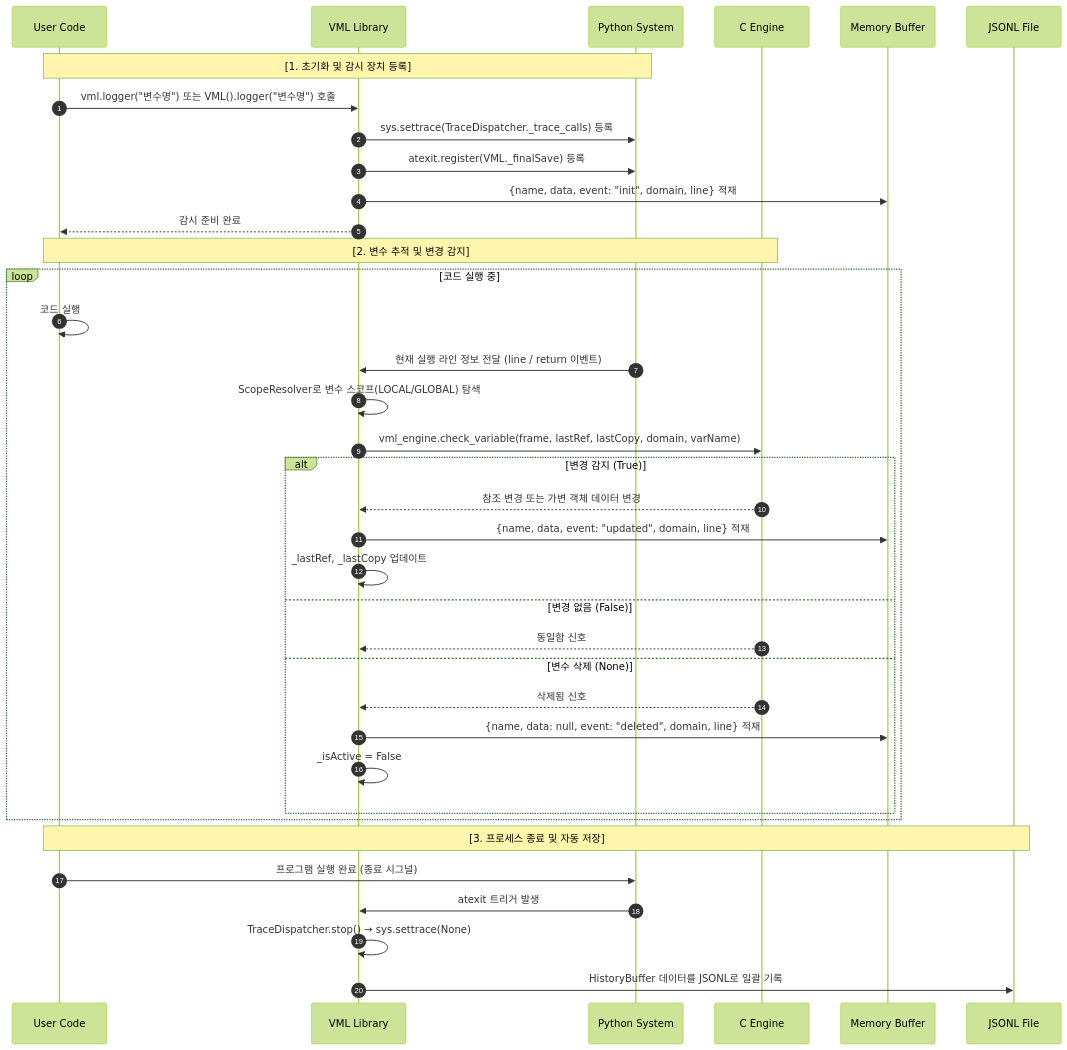
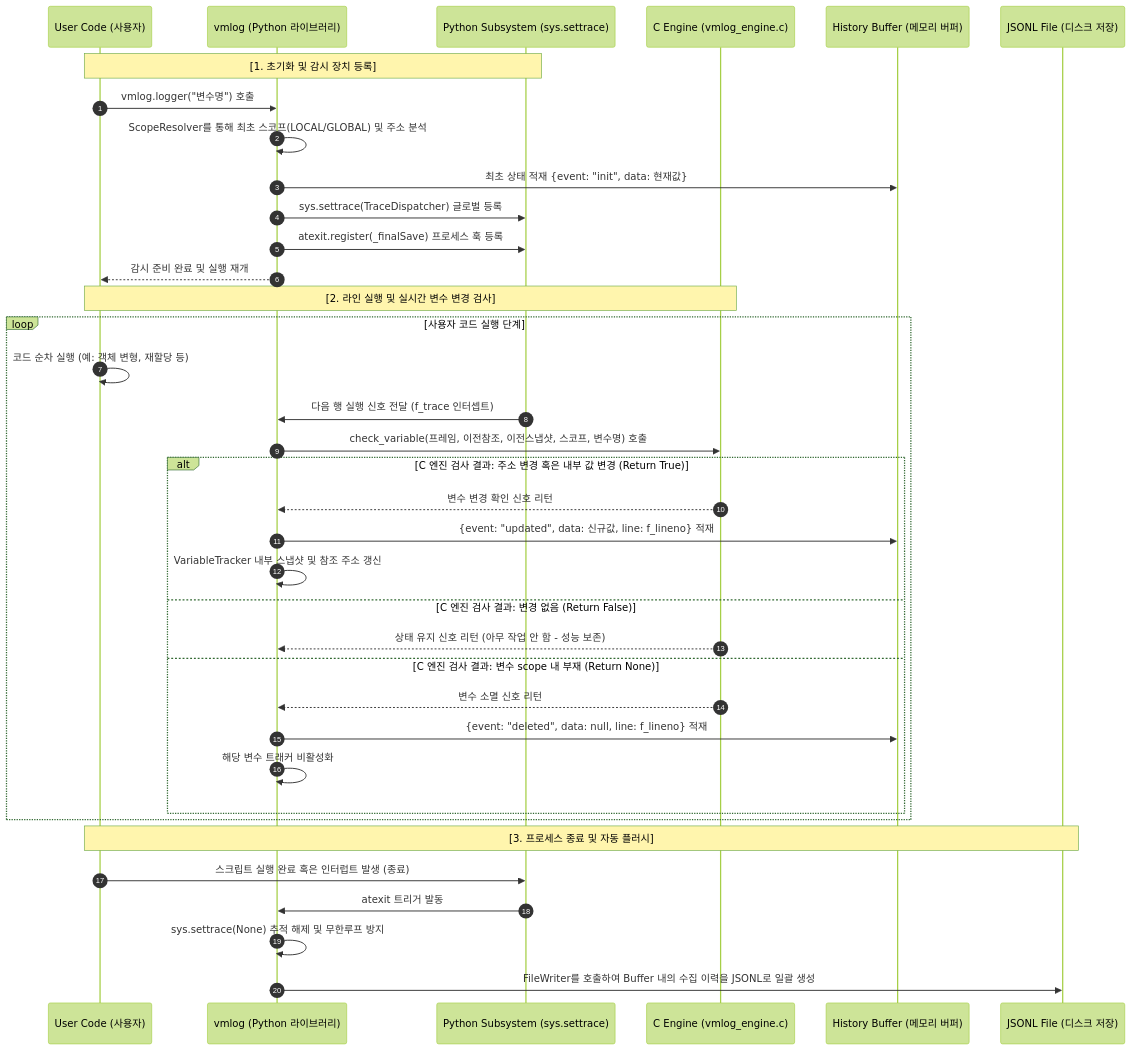
Before and after one commit to sdkurjnk/VariableMonitoringLogger: the diagram in README.md, drawn with Mermaid (forest theme). The commit also changed other lines of this file, not shown here.

Commit message:
Fix: README.md for editing package name

````diff
--- a/README.md
+++ b/README.md
@@ -115,44 +135,44 @@
 ```mermaid
 sequenceDiagram
     autonumber
 
-    participant U as User Code
-    participant V as VML Library
-    participant S as Python System
-    participant C as C Engine
-    participant B as Memory Buffer
-    participant F as JSONL File
+    participant U as User Code (사용자)
+    participant V as vmlog (Python 라이브러리)
+    participant S as Python Subsystem (sys.settrace)
+    participant C as C Engine (vmlog_engine.c)
+    participant B as History Buffer (메모리 버퍼)
+    participant F as JSONL File (디스크 저장)
 
     Note over U, S: [1. 초기화 및 감시 장치 등록]
-    U->>V: vml.logger("변수명") 또는 VML().logger("변수명") 호출
-    V->>S: sys.settrace(TraceDispatcher._trace_calls) 등록
-    V->>S: atexit.register(VML._finalSave) 등록
-    V->>B: {name, data, event: "init", domain, line} 적재
-    V-->>U: 감시 준비 완료
+    U->>V: vmlog.logger("변수명") 호출
+    V->>V: ScopeResolver를 통해 최초 스코프(LOCAL/GLOBAL) 및 주소 분석
+    V->>B: 최초 상태 적재 {event: "init", data: 현재값}
+    V->>S: sys.settrace(TraceDispatcher) 글로벌 등록
+    V->>S: atexit.register(_finalSave) 프로세스 훅 등록
+    V-->>U: 감시 준비 완료 및 실행 재개
 
-    Note over U, C: [2. 변수 추적 및 변경 감지]
-    loop 코드 실행 중
-        U->>U: 코드 실행
-        S->>V: 현재 실행 라인 정보 전달 (line / return 이벤트)
-        V->>V: ScopeResolver로 변수 스코프(LOCAL/GLOBAL) 탐색
-        V->>C: vml_engine.check_variable(frame, lastRef, lastCopy, domain, varName)
-
-        alt 변경 감지 (True)
-            C-->>V: 참조 변경 또는 가변 객체 데이터 변경
-            V->>B: {name, data, event: "updated", domain, line} 적재
-            V->>V: _lastRef, _lastCopy 업데이트
-        else 변경 없음 (False)
-            C-->>V: 동일함 신호
-        else 변수 삭제 (None)
-            C-->>V: 삭제됨 신호
-            V->>B: {name, data: null, event: "deleted", domain, line} 적재
-            V->>V: _isActive = False
+    Note over U, C: [2. 라인 실행 및 실시간 변수 변경 검사]
+    loop 사용자 코드 실행 단계
+        U->>U: 코드 순차 실행 (예: 객체 변형, 재할당 등)
+        S->>V: 다음 행 실행 신호 전달 (f_trace 인터셉트)
+        V->>C: check_variable(프레임, 이전참조, 이전스냅샷, 스코프, 변수명) 호출
+        
+        alt C 엔진 검사 결과: 주소 변경 혹은 내부 값 변경 (Return True)
+            C-->>V: 변수 변경 확인 신호 리턴
+            V->>B: {event: "updated", data: 신규값, line: f_lineno} 적재
+            V->>V: VariableTracker 내부 스냅샷 및 참조 주소 갱신
+        else C 엔진 검사 결과: 변경 없음 (Return False)
+            C-->>V: 상태 유지 신호 리턴 (아무 작업 안 함 - 성능 보존)
+        else C 엔진 검사 결과: 변수 scope 내 부재 (Return None)
+            C-->>V: 변수 소멸 신호 리턴
+            V->>B: {event: "deleted", data: null, line: f_lineno} 적재
+            V->>V: 해당 변수 트래커 비활성화
         end
     end
 
-    Note over U, F: [3. 프로세스 종료 및 자동 저장]
-    U->>S: 프로그램 실행 완료 (종료 시그널)
-    S->>V: atexit 트리거 발생
-    V->>V: TraceDispatcher.stop() → sys.settrace(None)
-    V->>F: HistoryBuffer 데이터를 JSONL로 일괄 기록
+    Note over U, F: [3. 프로세스 종료 및 자동 플러시]
+    U->>S: 스크립트 실행 완료 혹은 인터럽트 발생 (종료)
+    S->>V: atexit 트리거 발동
+    V->>V: sys.settrace(None) 추적 해제 및 무한루프 방지
+    V->>F: FileWriter를 호출하여 Buffer 내의 수집 이력을 JSONL로 일괄 생성
 ```
````
